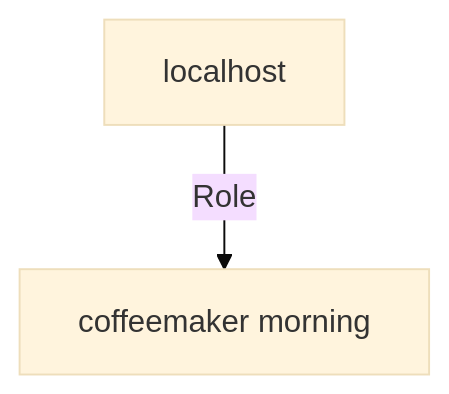
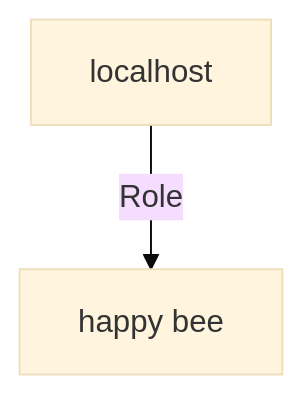
Before and after one commit to docsible/docsible: the second of 2 diagrams in examples/README_demo2.md, drawn with Mermaid (base theme). The commit also changed other lines of this file and 4 other files, not shown here.

````diff
--- a/examples/README_demo2.md
+++ b/examples/README_demo2.md
@@ -73,4 +560,4 @@
 ```mermaid
 flowchart TD
-  localhost-->|Role| coffeemaker_morning[coffeemaker morning]
+  localhost-->|Role| ___happy_bee[   happy bee]
 ```
````
